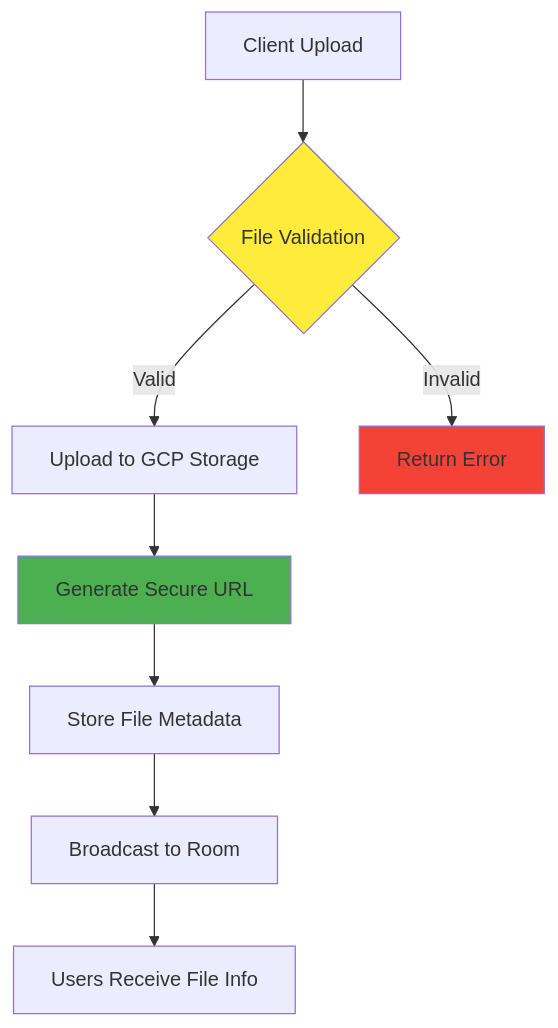
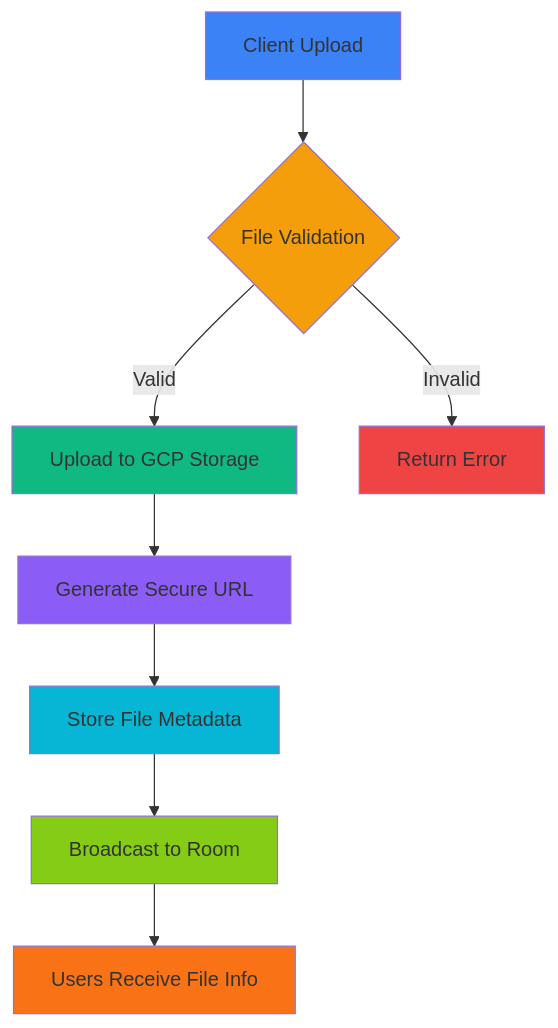
Before and after one commit to Sundussheikhdev/sync-board-BE: the third of 7 diagrams in README.md, drawn with Mermaid. The commit also changed other lines of this file, not shown here.

Commit message:
Update README.md: Revise color styles for flowcharts to enhance visual clarity and consistency across components

````diff
--- a/README.md
+++ b/README.md
@@ -156,14 +159,19 @@
 ```mermaid
 flowchart TD
     A[Client Upload] --> B{File Validation}
     B -->|Valid| C[Upload to GCP Storage]
     B -->|Invalid| D[Return Error]
     C --> E[Generate Secure URL]
     E --> F[Store File Metadata]
     F --> G[Broadcast to Room]
     G --> H[Users Receive File Info]
     
-    style B fill:#ffeb3b
-    style D fill:#f44336
-    style E fill:#4caf50
+    style A fill:#3b82f6
+    style B fill:#f59e0b
+    style C fill:#10b981
+    style D fill:#ef4444
+    style E fill:#8b5cf6
+    style F fill:#06b6d4
+    style G fill:#84cc16
+    style H fill:#f97316
 ```
````
